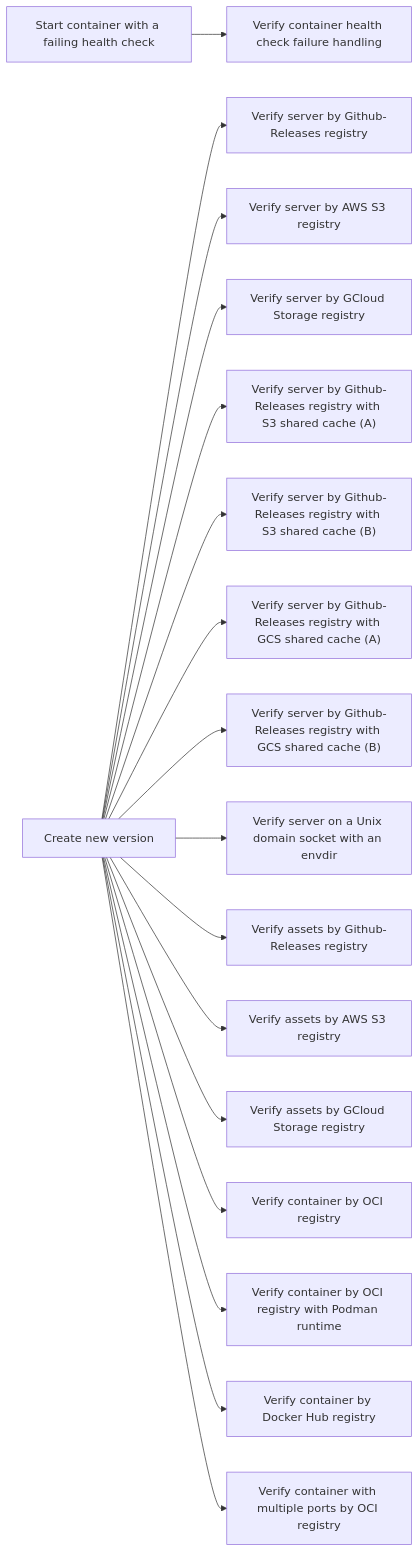
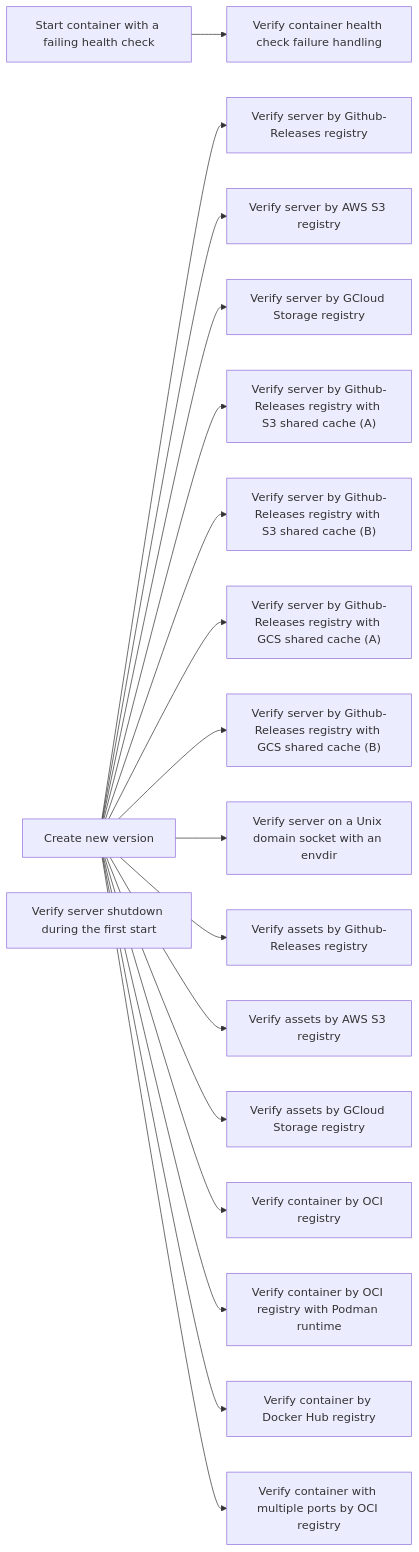
One commit to linyows/dewy changed the second of 3 diagrams in docs/pages/e2e-testing.md. Above: the diagram before and after it, drawn with Mermaid. The commit also changed other lines of this file and 3 other files, not shown here.

First line of the commit message:
Add an e2e scenario for a shutdown during the first start

````diff
--- a/docs/pages/e2e-testing.md
+++ b/docs/pages/e2e-testing.md
@@ -160,38 +161,39 @@
 ```mermaid
 flowchart LR
     start_ctr_healthfail["Start container with a failing health check"]
     create_release["Create new version"]
     job_20["Verify server by Github-Releases registry"]
     job_21["Verify server by AWS S3 registry"]
     job_22["Verify server by GCloud Storage registry"]
     verify_srv_ghr_s3cache_a["Verify server by Github-Releases registry with S3 shared cache (A)"]
     verify_srv_ghr_s3cache_b["Verify server by Github-Releases registry with S3 shared cache (B)"]
     verify_srv_ghr_gscache_a["Verify server by Github-Releases registry with GCS shared cache (A)"]
     verify_srv_ghr_gscache_b["Verify server by Github-Releases registry with GCS shared cache (B)"]
     job_27["Verify server on a Unix domain socket with an envdir"]
     job_28["Verify assets by Github-Releases registry"]
     verify_ast_s3["Verify assets by AWS S3 registry"]
     verify_ast_gs["Verify assets by GCloud Storage registry"]
     job_31["Verify container by OCI registry"]
     job_32["Verify container by OCI registry with Podman runtime"]
     job_33["Verify container by Docker Hub registry"]
     job_34["Verify container with multiple ports by OCI registry"]
     job_35["Verify container health check failure handling"]
+    job_36["Verify server shutdown during the first start"]
 
     create_release --> job_20
     create_release --> job_21
     create_release --> job_22
     create_release --> verify_srv_ghr_s3cache_a
     create_release --> verify_srv_ghr_s3cache_b
     create_release --> verify_srv_ghr_gscache_a
     create_release --> verify_srv_ghr_gscache_b
     create_release --> job_27
     create_release --> job_28
     create_release --> verify_ast_s3
     create_release --> verify_ast_gs
     create_release --> job_31
     create_release --> job_32
     create_release --> job_33
     create_release --> job_34
     start_ctr_healthfail --> job_35
 ```
````
